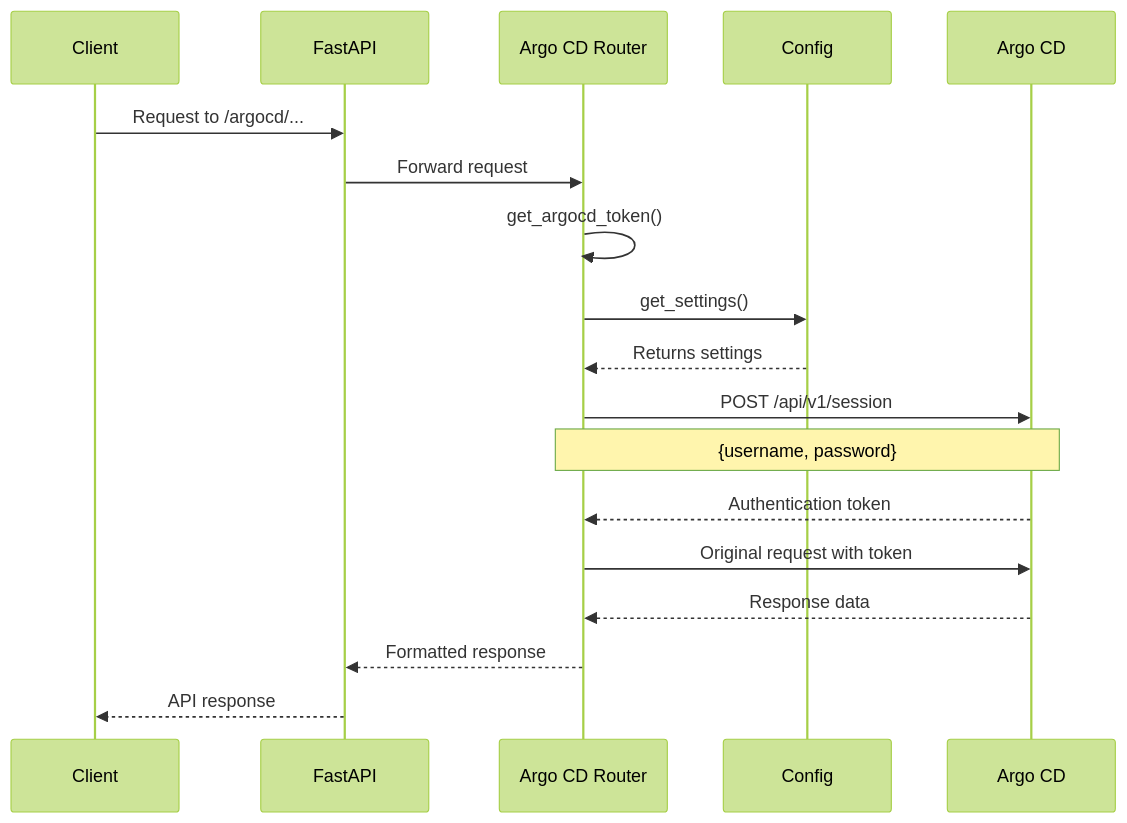
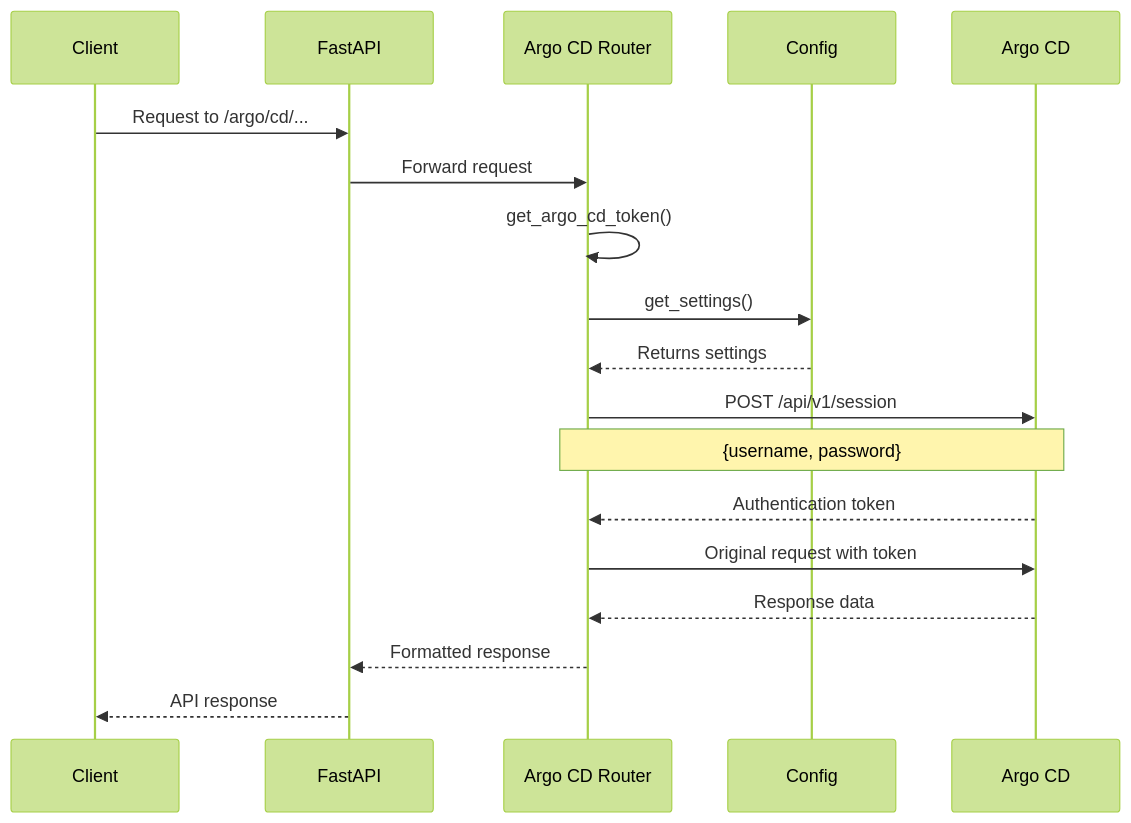
The diagram in fastapi/mermaid/argo-cd-authentication-sequence.mermaid (lloydchang/tvp-k8s), drawn with Mermaid (forest theme) before and after one commit. The commit also changed 1 other file, not shown here.

```diff
--- a/fastapi/mermaid/argo-cd-authentication-sequence.mermaid
+++ b/fastapi/mermaid/argo-cd-authentication-sequence.mermaid
@@ -1,21 +1,21 @@
 sequenceDiagram
     participant Client
     participant FastAPI
     participant Argo CD Router
     participant Config
     participant Argo CD
     
-    Client->>FastAPI: Request to /argocd/...
+    Client->>FastAPI: Request to /argo/cd/...
     FastAPI->>Argo CD Router: Forward request
-    Argo CD Router->>Argo CD Router: get_argocd_token()
+    Argo CD Router->>Argo CD Router: get_argo_cd_token()
     Argo CD Router->>Config: get_settings()
     Config-->>Argo CD Router: Returns settings
     
     Argo CD Router->>Argo CD: POST /api/v1/session
     Note over Argo CD Router,Argo CD: {username, password}
     Argo CD-->>Argo CD Router: Authentication token
     
     Argo CD Router->>Argo CD: Original request with token
     Argo CD-->>Argo CD Router: Response data
     Argo CD Router-->>FastAPI: Formatted response
     FastAPI-->>Client: API response
```
